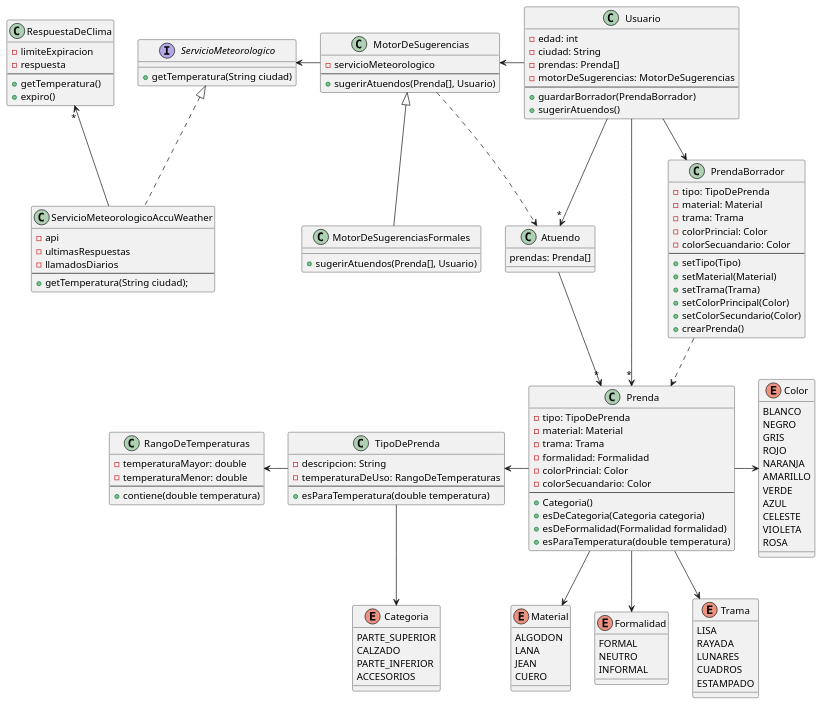
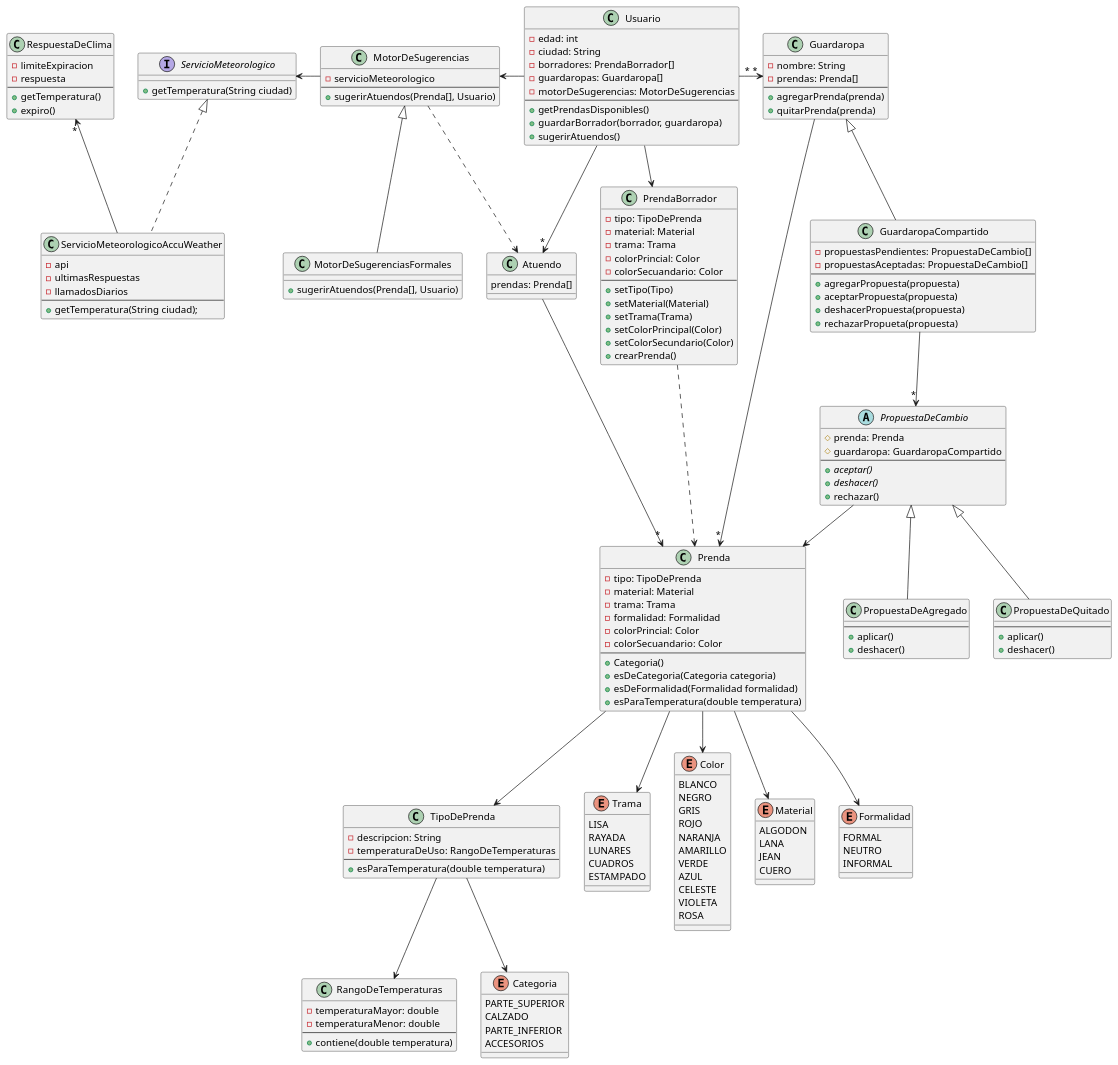
One commit to lrizzitano/tp-que-me-pongo changed the diagram in src/Diagrama-Entidades.puml. Above: the diagram before and after it, drawn with PlantUML. The commit also changed 29 other files, not shown here.

```diff
--- a/src/Diagrama-Entidades.puml
+++ b/src/Diagrama-Entidades.puml
@@ -3,11 +3,52 @@
 class Usuario {
     - edad: int
     - ciudad: String
-    - prendas: Prenda[]
+    - borradores: PrendaBorrador[]
+    - guardaropas: Guardaropa[]
     - motorDeSugerencias: MotorDeSugerencias
     --
-    + guardarBorrador(PrendaBorrador)
+    + getPrendasDisponibles()
+    + guardarBorrador(borrador, guardaropa)
     + sugerirAtuendos()
+}
+
+class Guardaropa {
+    - nombre: String
+    - prendas: Prenda[]
+    --
+    + agregarPrenda(prenda)
+    + quitarPrenda(prenda)
+}
+
+class GuardaropaCompartido extends Guardaropa {
+    - propuestasPendientes: PropuestaDeCambio[]
+    - propuestasAceptadas: PropuestaDeCambio[]
+    --
+    + agregarPropuesta(propuesta)
+    + aceptarPropuesta(propuesta)
+    + deshacerPropuesta(propuesta)
+    + rechazarPropueta(propuesta)
+}
+
+abstract class PropuestaDeCambio {
+    # prenda: Prenda
+    # guardaropa: GuardaropaCompartido
+    --
+    + {abstract} aceptar()
+    + {abstract} deshacer()
+    + rechazar()
+}
+
+class PropuestaDeAgregado extends PropuestaDeCambio {
+    --
+    + aplicar()
+    + deshacer()
+}
+
+class PropuestaDeQuitado extends PropuestaDeCambio {
+    --
+    + aplicar()
+    + deshacer()
 }
 
 class Atuendo {
@@ -132,21 +173,27 @@
 Atuendo -->"*" Prenda
 Atuendo -[hidden]r- PrendaBorrador
 
-Usuario -->"*" Prenda
 Usuario --> PrendaBorrador
 Usuario -->"*" Atuendo
 Usuario -l-> MotorDeSugerencias
+Usuario "*"-r->"*" Guardaropa
+
+Guardaropa -->"*" Prenda
+
+GuardaropaCompartido -->"*" PropuestaDeCambio
+
+PropuestaDeCambio --> Prenda
 
 PrendaBorrador ..> Prenda
 
-Prenda -l-> TipoDePrenda
+Prenda --> TipoDePrenda
 Prenda --> Material
 Prenda --> Trama
 Prenda --> Formalidad
-Prenda -> Color
+Prenda --> Color
 
 TipoDePrenda --> Categoria
-TipoDePrenda -l-> RangoDeTemperaturas
+TipoDePrenda --> RangoDeTemperaturas
 
 MotorDeSugerencias .r.> Atuendo
 MotorDeSugerencias -l-> ServicioMeteorologico
```
